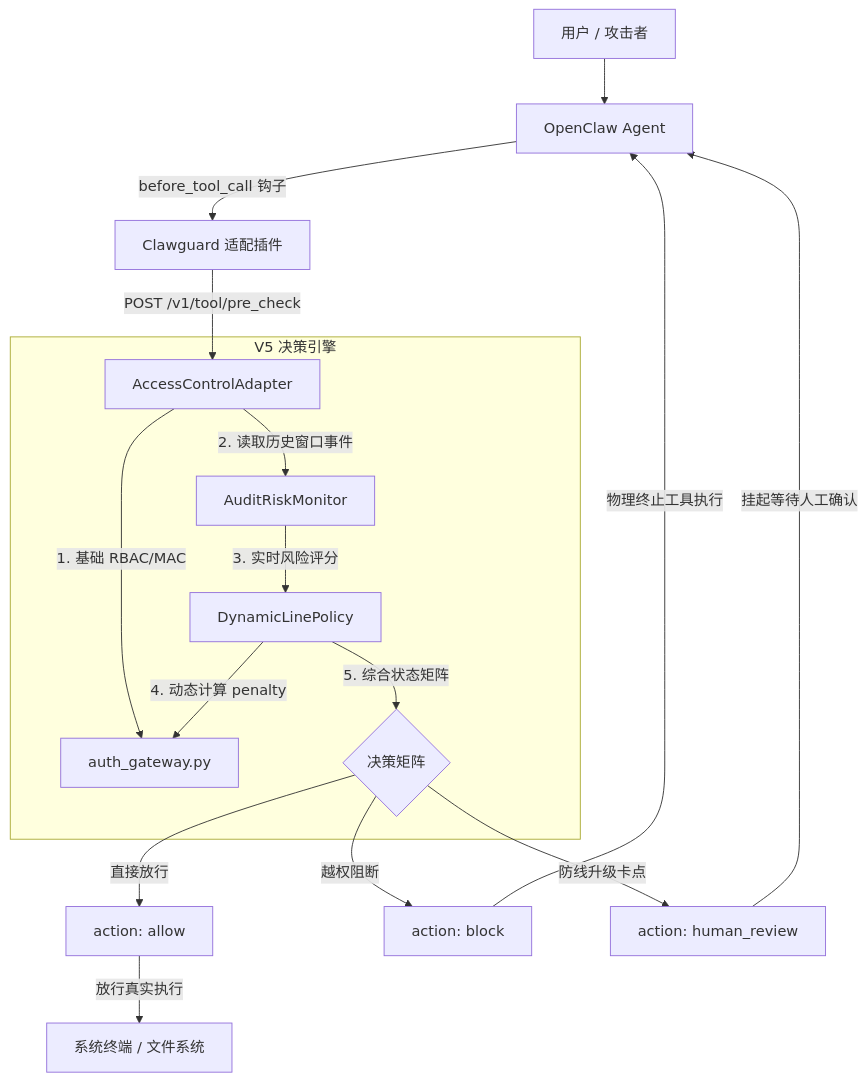
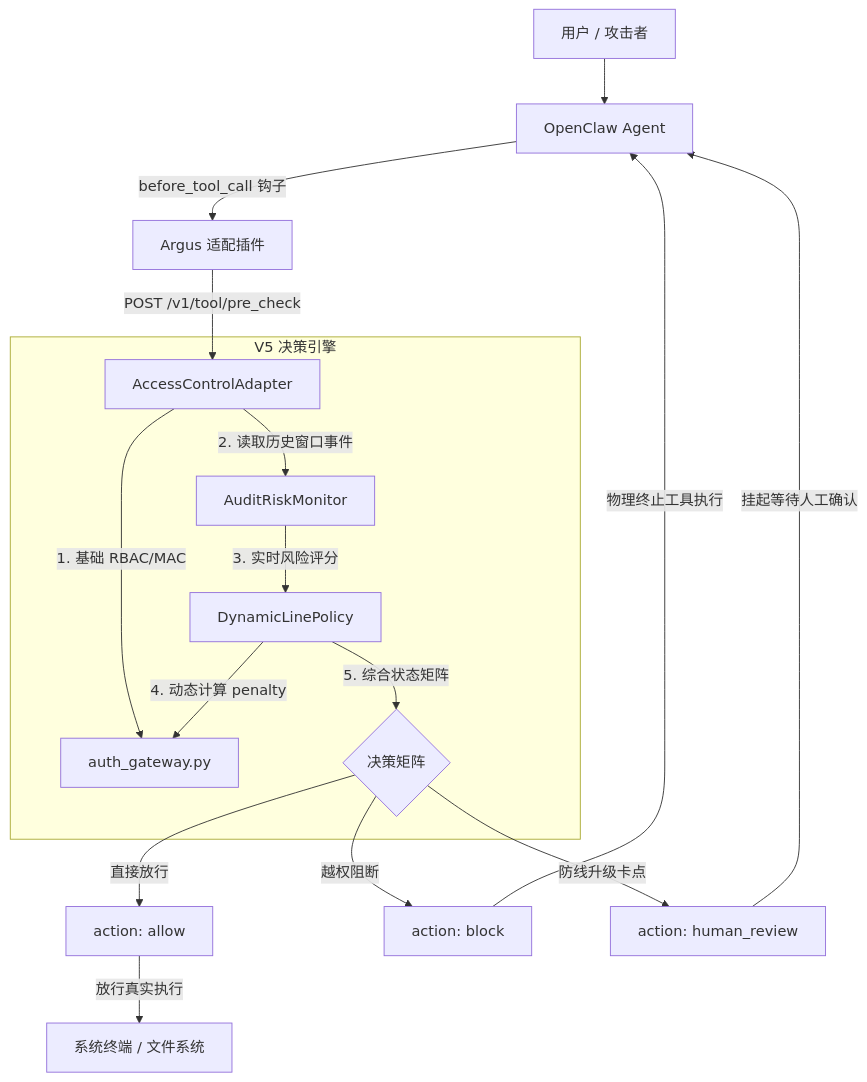
Before and after one commit to FerryOTTO/Argus: the diagram in docs/归档/设计稿v5/访问控制v5.md, drawn with Mermaid. The commit also changed other lines of this file and 418 other files, not shown here.

First line of the commit message:
refactor: 全仓库品牌统一 ClawGuard -> Argus

````diff
--- a/docs/归档/设计稿v5/访问控制v5.md
+++ b/docs/归档/设计稿v5/访问控制v5.md
@@ -16,22 +16,22 @@
 ```mermaid
 flowchart TD
     User["用户 / 攻击者"] --> OpenClaw["OpenClaw Agent"]
-    OpenClaw -->|"before_tool_call 钩子"| Plugin["Clawguard 适配插件"]
+    OpenClaw -->|"before_tool_call 钩子"| Plugin["Argus 适配插件"]
     Plugin -->|"POST /v1/tool/pre_check"| Adapter["AccessControlAdapter"]
 
     subgraph V5Engine ["V5 决策引擎"]
         Adapter -->|"1. 基础 RBAC/MAC"| AuthGateway["auth_gateway.py"]
         Adapter -->|"2. 读取历史窗口事件"| AuditMonitor["AuditRiskMonitor"]
         AuditMonitor -->|"3. 实时风险评分"| LinePolicy["DynamicLinePolicy"]
         LinePolicy -->|"4. 动态计算 penalty"| AuthGateway
         LinePolicy -->|"5. 综合状态矩阵"| Decision{"决策矩阵"}
     end
 
     Decision -->|"直接放行"| Allow["action: allow"]
     Decision -->|"越权阻断"| Block["action: block"]
     Decision -->|"防线升级卡点"| Review["action: human_review"]
 
     Block -->|"物理终止工具执行"| OpenClaw
     Review -->|"挂起等待人工确认"| OpenClaw
     Allow -->|"放行真实执行"| Tool["系统终端 / 文件系统"]
 ```
````
